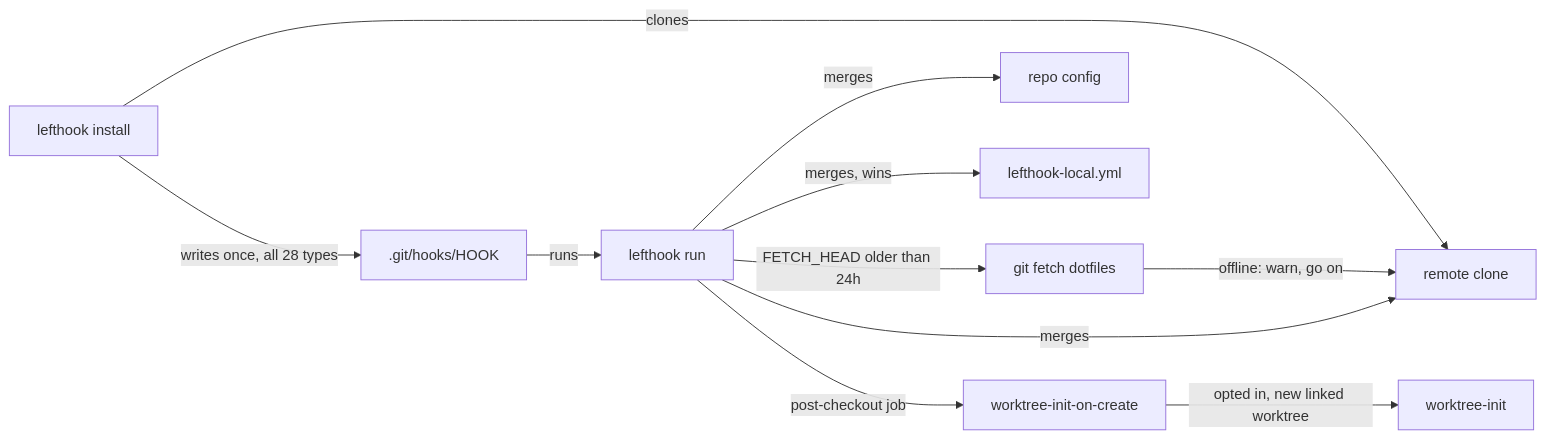
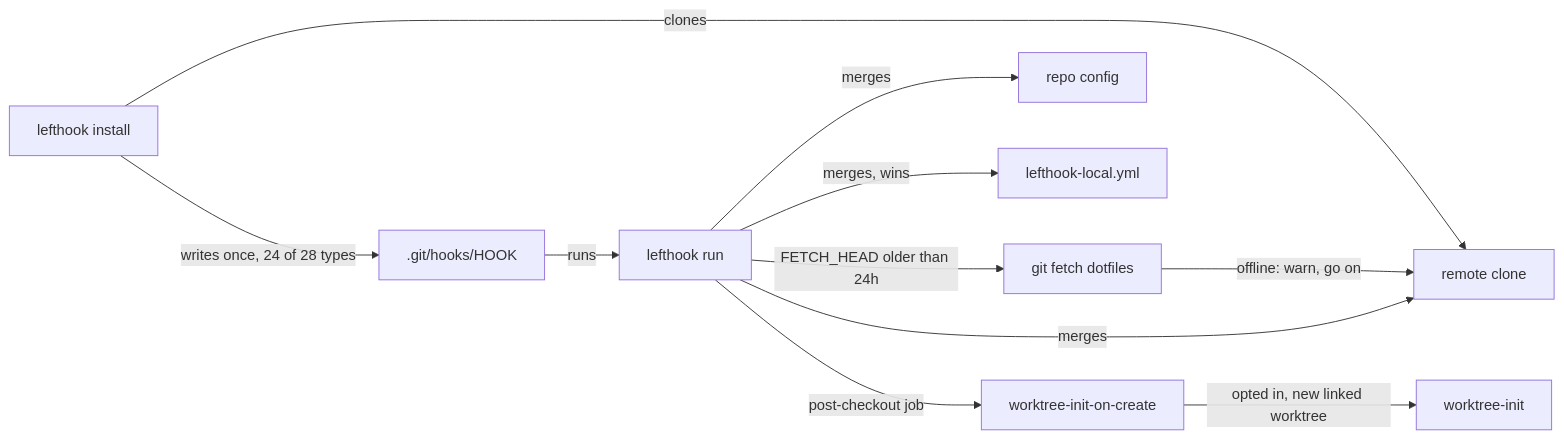
One commit to eirvandelden/dotfiles changed the second of 2 diagrams in docs/changes/per-repo-lefthook-remotes/plan.md. Above: the diagram before and after it, drawn with Mermaid. The commit also changed other lines of this file and 1 other file, not shown here.

Commit message:
docs: intent and plan for per-repo-lefthook-remotes

````diff
--- a/docs/changes/per-repo-lefthook-remotes/plan.md
+++ b/docs/changes/per-repo-lefthook-remotes/plan.md
@@ -31,13 +31,13 @@
 ```mermaid
 flowchart LR
-  I["lefthook install"] -->|writes once, all 28 types| H[".git/hooks/HOOK"]
+  I["lefthook install"] -->|writes once, 24 of 28 types| H[".git/hooks/HOOK"]
   I -->|clones| C["remote clone"]
   H -->|runs| L["lefthook run"]
   L -->|FETCH_HEAD older than 24h| F["git fetch dotfiles"]
   F -->|offline: warn, go on| C
   L -->|merges| C
   L -->|merges| R["repo config"]
   L -->|merges, wins| O["lefthook-local.yml"]
   L -->|post-checkout job| WC["worktree-init-on-create"]
   WC -->|opted in, new linked worktree| WI["worktree-init"]
 ```
````
